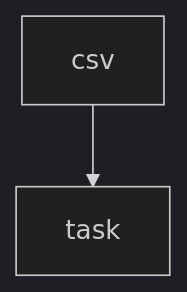
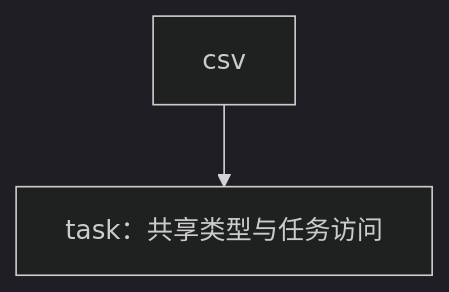
The second of 2 diagrams in plugins/designer/skills/architect/references/examples/index.md (lightcodehub/agent-tools), drawn with Mermaid (dark theme) before and after one commit. The commit also changed other lines of this file and 41 other files, not shown here.

````diff
--- a/plugins/designer/skills/architect/references/examples/index.md
+++ b/plugins/designer/skills/architect/references/examples/index.md
@@ -70,4 +59,4 @@
 ```mermaid
 graph TD
-    csv --> task
+    csv["csv"] --> task["task：共享类型与任务访问"]
 ```
````
